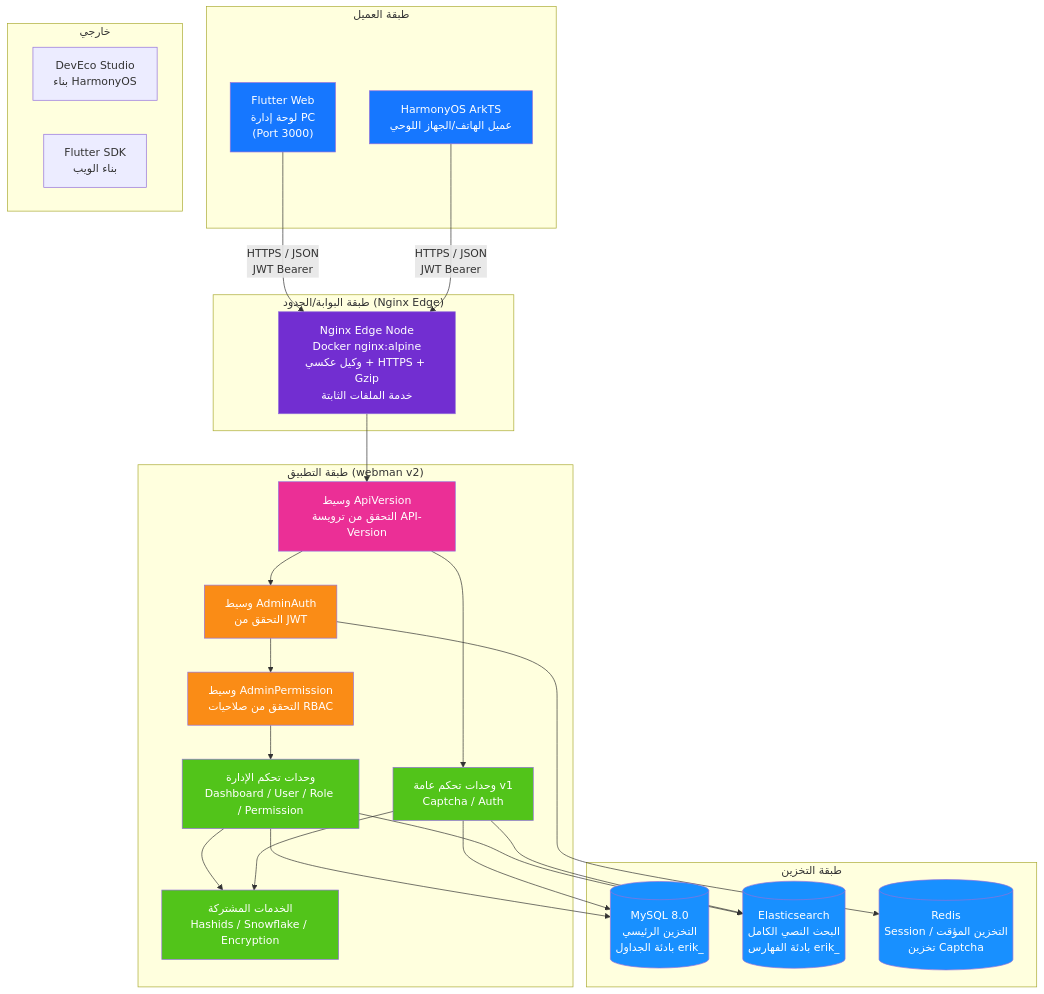
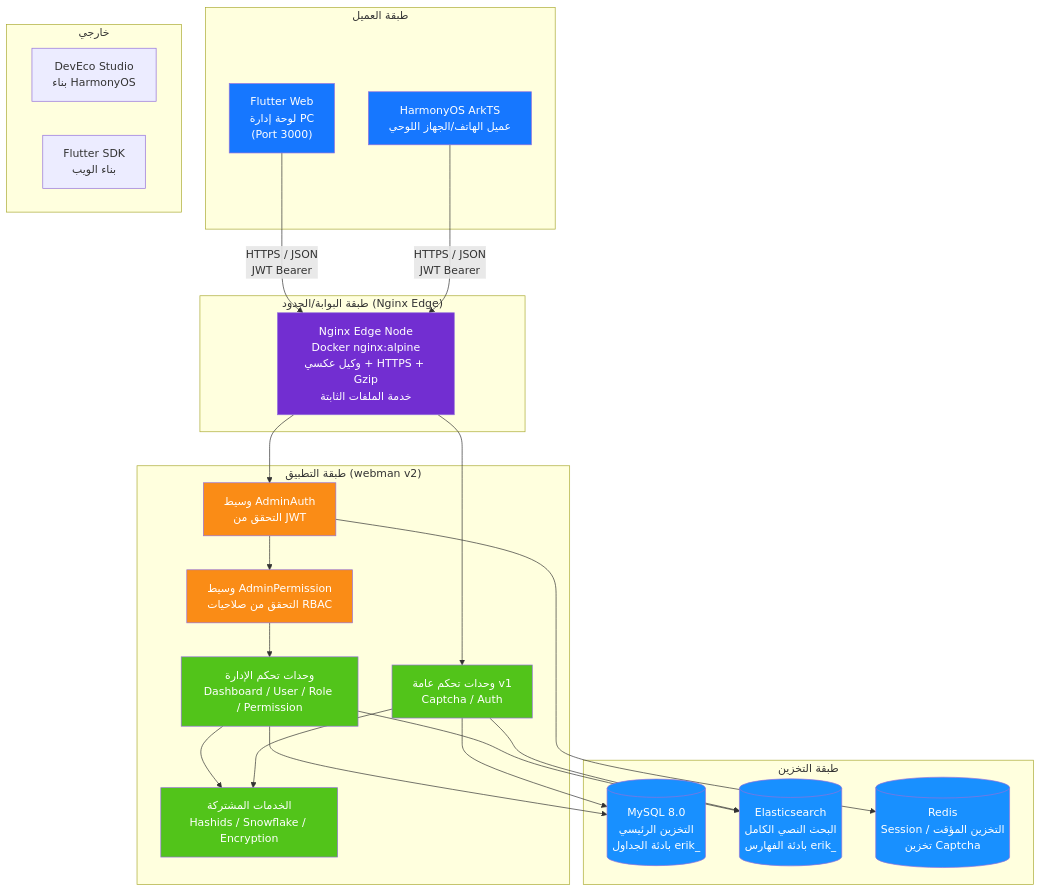
The first of 14 diagrams in docs/ARCHITECTURE.ar.md (erikwang2013/open-admin), drawn with Mermaid before and after one commit. The commit also changed other lines of this file and 115 other files, not shown here.

First line of the commit message:
功能：新增项目宠物「小安」、站点首页与手写 SVG 设计图集；全部文档对齐代码

````diff
--- a/docs/ARCHITECTURE.ar.md
+++ b/docs/ARCHITECTURE.ar.md
@@ -13,59 +14,56 @@
 ```mermaid
 flowchart TB
     subgraph "طبقة العميل"
         A1["Flutter Web<br/>لوحة إدارة PC<br/>(Port 3000)"]
         A2["HarmonyOS ArkTS<br/>عميل الهاتف/الجهاز اللوحي"]
     end
 
     subgraph "طبقة البوابة/الحدود (Nginx Edge)"
         B1["Nginx Edge Node<br/>Docker nginx:alpine<br/>وكيل عكسي + HTTPS + Gzip<br/>خدمة الملفات الثابتة"]
     end
 
     subgraph "طبقة التطبيق (webman v2)"
-        C0["وسيط ApiVersion<br/>التحقق من ترويسة API-Version"]
         C1["وسيط AdminAuth<br/>التحقق من JWT"]
         C2["وسيط AdminPermission<br/>التحقق من صلاحيات RBAC"]
         C3["وحدات تحكم الإدارة<br/>Dashboard / User / Role / Permission"]
         C4["وحدات تحكم عامة v1<br/>Captcha / Auth"]
         C5["الخدمات المشتركة<br/>Hashids / Snowflake / Encryption"]
     end
 
     subgraph "طبقة التخزين"
         D1[("MySQL 8.0<br/>التخزين الرئيسي<br/>بادئة الجداول erik_")]
         D2[("Elasticsearch<br/>البحث النصي الكامل<br/>بادئة الفهارس erik_")]
         D3[("Redis<br/>Session / التخزين المؤقت<br/>تخزين Captcha")]
     end
 
     subgraph "خارجي"
         E1["DevEco Studio<br/>بناء HarmonyOS"]
         E2["Flutter SDK<br/>بناء الويب"]
     end
 
     A1 -->|"HTTPS / JSON<br/>JWT Bearer"| B1
     A2 -->|"HTTPS / JSON<br/>JWT Bearer"| B1
-    B1 --> C0
-    C0 --> C1
+    B1 --> C1
+    B1 --> C4
     C1 --> C2
     C2 --> C3
-    C0 --> C4
     C3 --> C5
     C4 --> C5
     C3 --> D1
     C4 --> D1
     C3 --> D2
     C4 --> D2
     C1 --> D3
 
     style A1 fill:#1677FF,color:#fff
     style A2 fill:#1677FF,color:#fff
     style B1 fill:#722ED1,color:#fff
-    style C0 fill:#EB2F96,color:#fff
     style C1 fill:#FA8C16,color:#fff
     style C2 fill:#FA8C16,color:#fff
     style C3 fill:#52C41A,color:#fff
     style C4 fill:#52C41A,color:#fff
     style C5 fill:#52C41A,color:#fff
     style D1 fill:#1890FF,color:#fff
     style D2 fill:#1890FF,color:#fff
     style D3 fill:#1890FF,color:#fff
 ```
````
